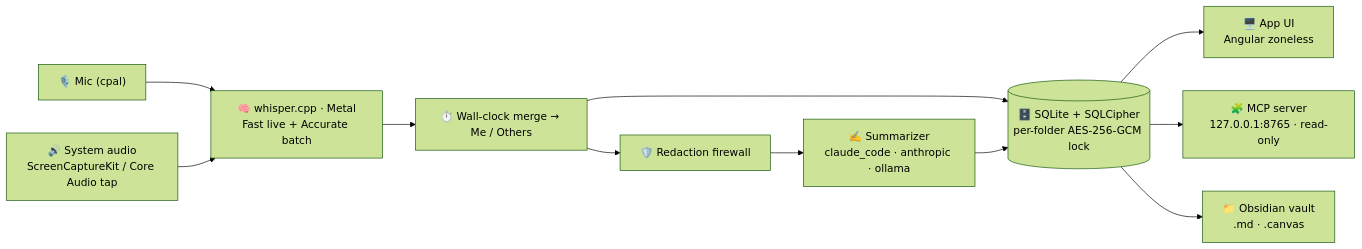
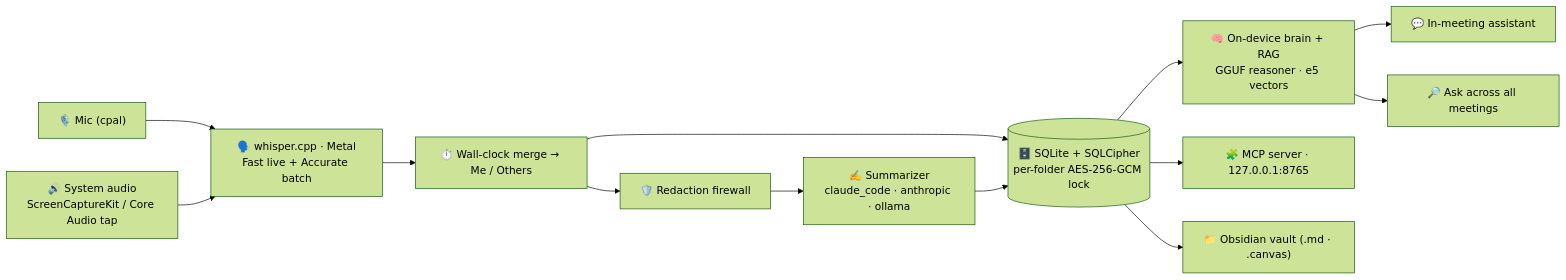
The diagram in README.md (murmur-io/murmur), drawn with Mermaid (forest theme) before and after one commit. The commit also changed other lines of this file and 3 other files, not shown here.

First line of the commit message:
docs(readme): lead with the on-device brain + in-meeting assistant; demote Obsidian

````diff
--- a/README.md
+++ b/README.md
@@ -175,14 +201,16 @@
 ```mermaid
 flowchart LR
   mic["🎙️ Mic (cpal)"] --> asr
   sys["🔊 System audio<br/>ScreenCaptureKit / Core Audio tap"] --> asr
-  asr["🧠 whisper.cpp · Metal<br/>Fast live + Accurate batch"] --> merge
+  asr["🗣️ whisper.cpp · Metal<br/>Fast live + Accurate batch"] --> merge
   merge["⏱️ Wall-clock merge → Me / Others"] --> db
   merge --> redact
   redact["🛡️ Redaction firewall"] --> prov
   prov["✍️ Summarizer<br/>claude_code · anthropic · ollama"] --> db
   db[("🗄️ SQLite + SQLCipher<br/>per-folder AES-256-GCM lock")]
-  db --> app["🖥️ App UI<br/>Angular zoneless"]
-  db --> mcp["🧩 MCP server<br/>127.0.0.1:8765 · read-only"]
-  db --> vault["📁 Obsidian vault<br/>.md · .canvas"]
+  db --> brain["🧠 On-device brain + RAG<br/>GGUF reasoner · e5 vectors"]
+  brain --> live["💬 In-meeting assistant"]
+  brain --> ask["🔎 Ask across all meetings"]
+  db --> mcp["🧩 MCP server · 127.0.0.1:8765"]
+  db --> vault["📁 Obsidian vault (.md · .canvas)"]
 ```
````
